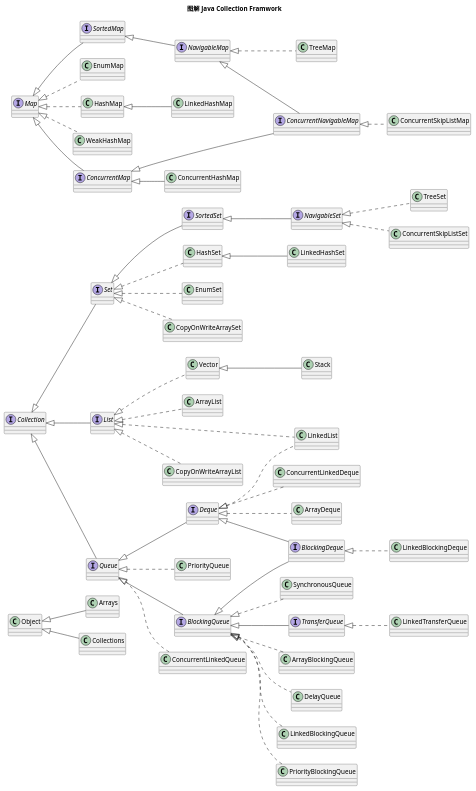
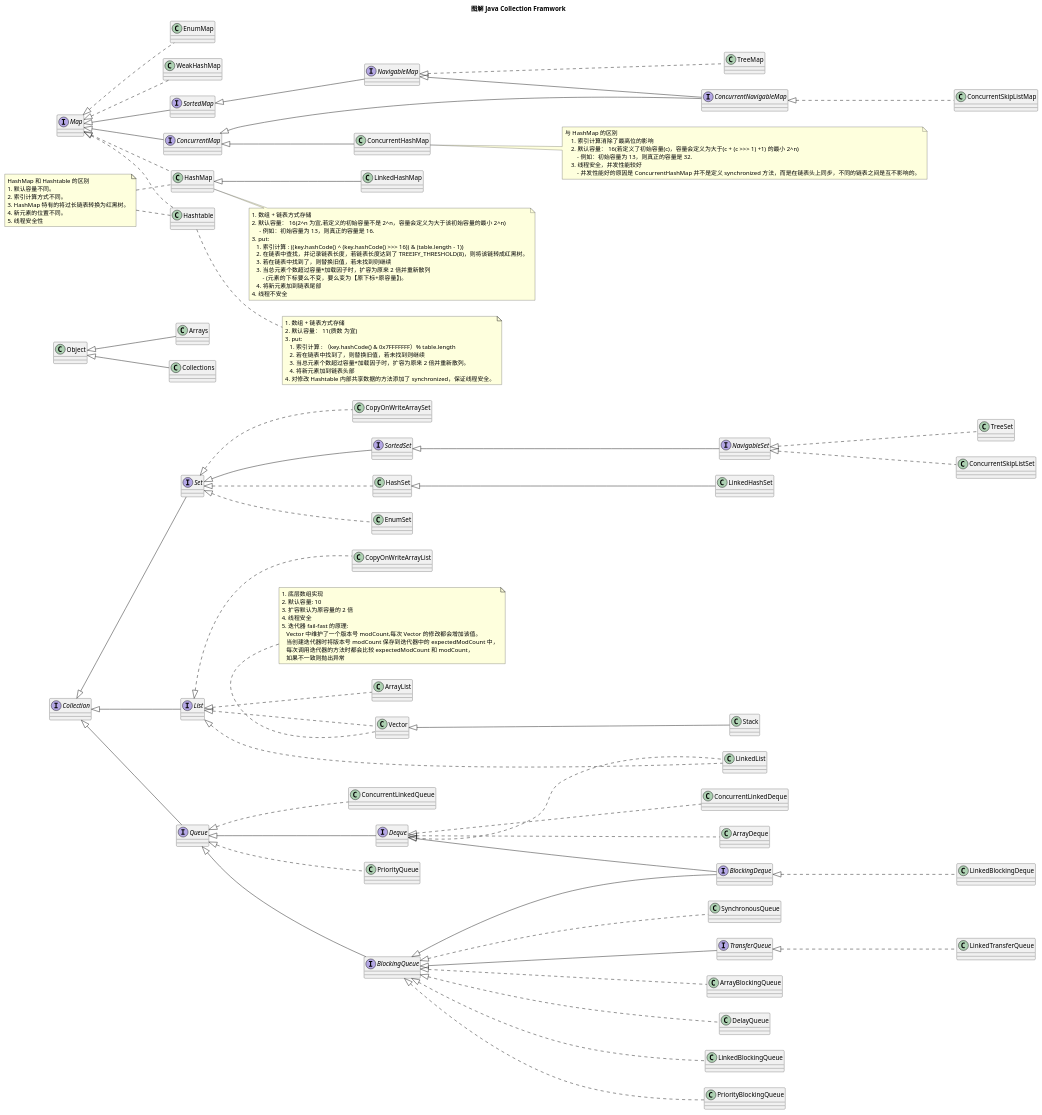
The diagram in res/java-collection-framework.pu (c-rainstorm/blog), drawn with PlantUML before and after one commit. The commit also changed 1 other file, not shown here.

```diff
--- a/res/java-collection-framework.pu
+++ b/res/java-collection-framework.pu
@@ -1,147 +1,198 @@
-@startuml
+@startuml java-collection-framework
 
 title 图解 Java Collection Framwork
 
 left to right direction
 
 ' java.util
 ' tool class
 
 class Object
 class Arrays
 class Collections
 
 Object <|-- Arrays
 Object <|-- Collections
 
 ' interface hierarchy tree
 
 interface Collection
 interface Set
     interface SortedSet
         interface NavigableSet
 interface List
 interface Queue
     interface Deque
 interface Map
     interface SortedMap
         interface NavigableMap
 
 Collection <|-- Queue
 Queue <|-- Deque
 
 Collection <|-- Set
 Set <|-- SortedSet
 SortedSet <|-- NavigableSet
 
 Collection <|-- List
 
 Map <|-- SortedMap
 SortedMap <|-- NavigableMap
 
 ' impl class
 
 class LinkedList
 class ArrayList
 class Vector
     class Stack
+note top of Vector
+1. 底层数组实现
+2. 默认容量: 10
+3. 扩容默认为原容量的 2 倍
+4. 线程安全
+5. 迭代器 fail-fast 的原理:
+   Vector 中维护了一个版本号 modCount,每次 Vector 的修改都会增加该值。
+   当创建迭代器时将版本号 modCount 保存到迭代器中的 expectedModCount 中，
+   每次调用迭代器的方法时都会比较 expectedModCount 和 modCount，
+   如果不一致则抛出异常
+end note
 class PriorityQueue
 class HashSet
     class LinkedHashSet
 class TreeSet
 class ArrayDeque
 class EnumSet
 
 class EnumMap
 class HashMap
     class LinkedHashMap
+note right of HashMap
+1. 数组 + 链表方式存储
+2. 默认容量： 16(2^n 为宜,若定义的初始容量不是 2^n，容量会定义为大于该初始容量的最小 2^n)
+     - 例如：初始容量为 13，则真正的容量是 16.
+3. put:
+   1. 索引计算 : ((key.hashCode() ^ (key.hashCode() >>> 16)) & (table.length - 1))
+   2. 在链表中查找，并记录链表长度，若链表长度达到了 TREEIFY_THRESHOLD(8)，则将该链转成红黑树。
+   3. 若在链表中找到了，则替换旧值，若未找到则继续
+   3. 当总元素个数超过容量*加载因子时，扩容为原来 2 倍并重新散列
+       - (元素的下标要么不变，要么变为【原下标+原容量】)。
+   4. 将新元素加到链表尾部
+4. 线程不安全
+end note
+class Hashtable
+
+note right of Hashtable
+1. 数组 + 链表方式存储
+2. 默认容量： 11(质数 为宜)
+3. put:
+   1. 索引计算 : （key.hashCode() & 0x7FFFFFFF）% table.length
+   2. 若在链表中找到了，则替换旧值，若未找到则继续
+   3. 当总元素个数超过容量*加载因子时，扩容为原来 2 倍并重新散列。
+   4. 将新元素加到链表头部
+4. 对修改 Hashtable 内部共享数据的方法添加了 synchronized，保证线程安全。
+end note
+
+note "HashMap 和 Hashtable 的区别\n1. 默认容量不同。\n2. 索引计算方式不同。\n3. HashMap 特有的将过长链表转换为红黑树。\n4. 新元素的位置不同。\n5. 线程安全性" as diffHashMapAndHashtable
+
+diffHashMapAndHashtable .. HashMap
+diffHashMapAndHashtable .. Hashtable
+
 class TreeMap
 class WeakHashMap
 
 
 List <|.. LinkedList
 List <|.. ArrayList
 List <|.. Vector
 Vector <|-- Stack
 
 Queue <|.. PriorityQueue
 Deque <|.. LinkedList
 
 Set <|.. EnumSet
 Set <|.. HashSet
 HashSet <|-- LinkedHashSet
 NavigableSet <|.. TreeSet
 
 Deque <|.. ArrayDeque
 
 
 Map <|.. EnumMap
 Map <|.. HashMap
 HashMap <|-- LinkedHashMap
+Map <|.. Hashtable
 NavigableMap <|.. TreeMap
 Map <|.. WeakHashMap
 
 
 ' java.util.concurrent package
 
 ' interface hierarchy tree
 
 interface BlockingQueue
     interface BlockingDeque
     interface TransferQueue
 
 interface ConcurrentMap
     interface ConcurrentNavigableMap
 
 Queue <|-- BlockingQueue
 BlockingQueue <|-- BlockingDeque
 Deque <|-- BlockingDeque
 
 BlockingQueue <|-- TransferQueue
 
 Map <|-- ConcurrentMap
 ConcurrentMap <|-- ConcurrentNavigableMap
 NavigableMap <|-- ConcurrentNavigableMap
 
 ' impl class
 
 class ArrayBlockingQueue
 class ConcurrentLinkedQueue
 class DelayQueue
 class LinkedBlockingDeque
 class LinkedBlockingQueue
 class LinkedTransferQueue
 class PriorityBlockingQueue
 class SynchronousQueue
 
 class ConcurrentSkipListSet
 class CopyOnWriteArraySet
 
 class CopyOnWriteArrayList
 
 class ConcurrentLinkedDeque
 
 class ConcurrentHashMap
+note right of ConcurrentHashMap
+与 HashMap 的区别
+    1. 索引计算消除了最高位的影响
+    2. 默认容量： 16(若定义了初始容量(c)，容量会定义为大于(c + (c >>> 1) +1) 的最小 2^n)
+        - 例如：初始容量为 13，则真正的容量是 32.
+    3. 线程安全，并发性能较好
+        - 并发性能好的原因是 ConcurrentHashMap 并不是定义 synchronized 方法，而是在链表头上同步，不同的链表之间是互不影响的。
+end note
 class ConcurrentSkipListMap
 
 BlockingQueue <|.. ArrayBlockingQueue
 Queue <|.. ConcurrentLinkedQueue
 BlockingQueue <|.. DelayQueue
 BlockingDeque <|.. LinkedBlockingDeque
 BlockingQueue <|.. LinkedBlockingQueue
 TransferQueue <|.. LinkedTransferQueue
 BlockingQueue <|.. PriorityBlockingQueue
 BlockingQueue <|.. SynchronousQueue
 
 NavigableSet <|.. ConcurrentSkipListSet
 Set <|.. CopyOnWriteArraySet
 
 Deque <|.. ConcurrentLinkedDeque
 
 
 ConcurrentMap <|-- ConcurrentHashMap
 ConcurrentNavigableMap <|.. ConcurrentSkipListMap
 
 List <|.. CopyOnWriteArrayList
 
 @enduml
```
